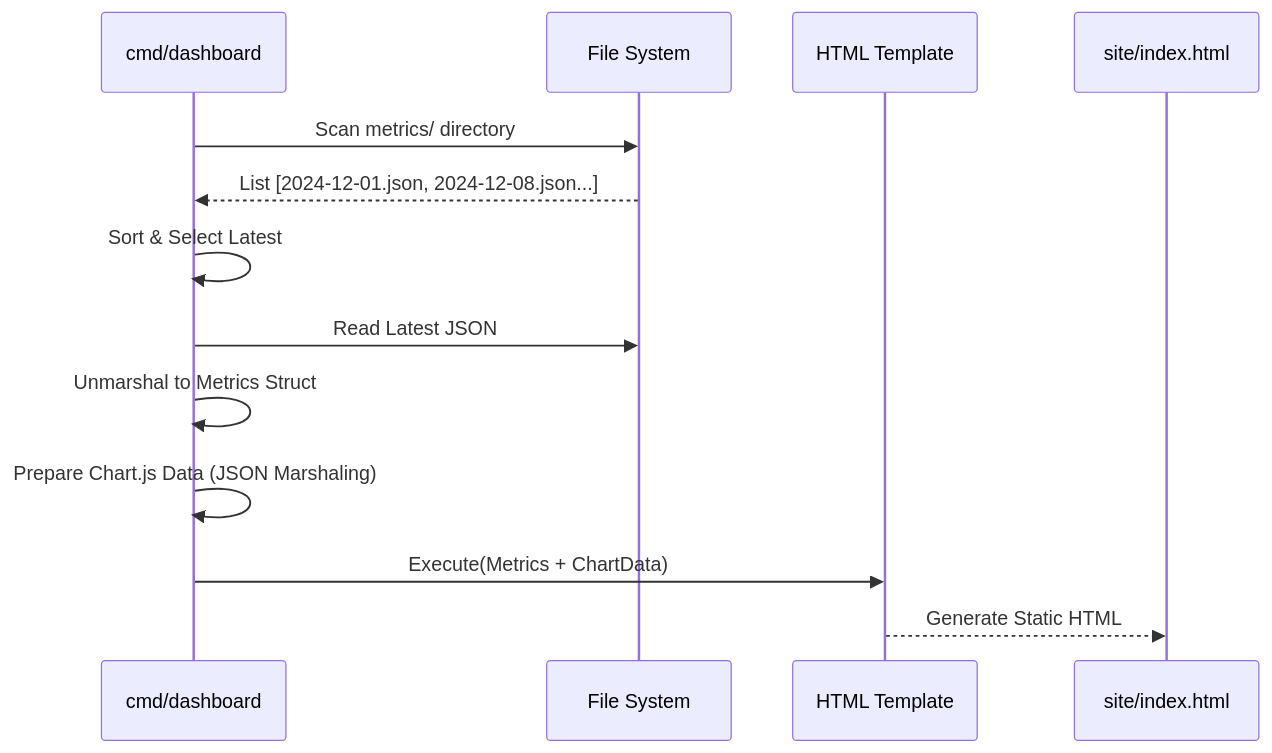
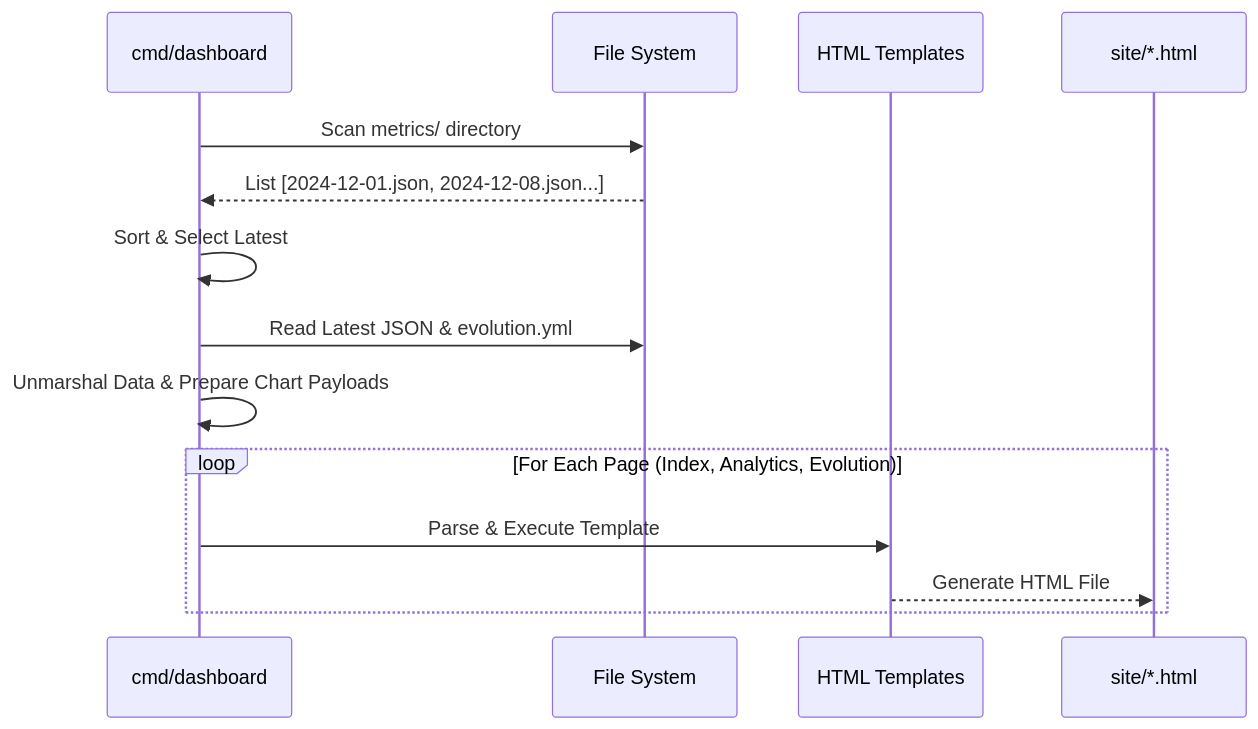
Before and after one commit to victoriacheng15/personal-reading-analytics-dashboard: the second of 2 diagrams in docs/dashboard_architecture.md, drawn with Mermaid. The commit also changed other lines of this file and 3 other files, not shown here.

Commit message:
docs(arch): centralize documentation and update dashboard architecture

````diff
--- a/docs/dashboard_architecture.md
+++ b/docs/dashboard_architecture.md
@@ -42,16 +51,17 @@
 ```mermaid
 sequenceDiagram
     participant Main as cmd/dashboard
     participant FS as File System
-    participant Tmpl as HTML Template
-    participant Output as site/index.html
+    participant Tmpl as HTML Templates
+    participant Output as site/*.html
 
     Main->>FS: Scan metrics/ directory
     FS-->>Main: List [2024-12-01.json, 2024-12-08.json...]
     Main->>Main: Sort & Select Latest
-    Main->>FS: Read Latest JSON
-    Main->>Main: Unmarshal to Metrics Struct
-    Main->>Main: Prepare Chart.js Data (JSON Marshaling)
-    Main->>Tmpl: Execute(Metrics + ChartData)
-    Tmpl-->>Output: Generate Static HTML
+    Main->>FS: Read Latest JSON & evolution.yml
+    Main->>Main: Unmarshal Data & Prepare Chart Payloads
+    loop For Each Page (Index, Analytics, Evolution)
+        Main->>Tmpl: Parse & Execute Template
+        Tmpl-->>Output: Generate HTML File
+    end
 ```
````
